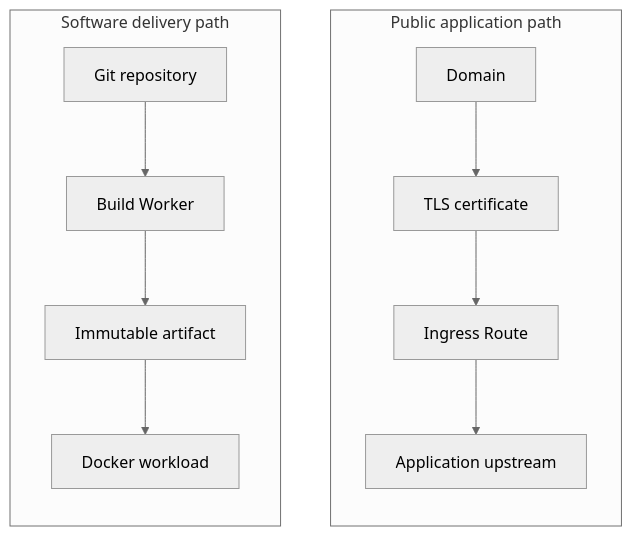
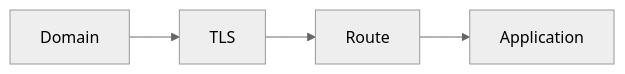
One commit to the-square-labs/gateway-docs changed the first of 4 diagrams in src/content/docs/en/index.mdx. Above: the diagram before and after it, drawn with Mermaid (neutral theme). The commit also changed other lines of this file and 74 other files, not shown here.

````diff
--- a/src/content/docs/en/index.mdx
+++ b/src/content/docs/en/index.mdx
@@ -43,12 +45,4 @@
 ```mermaid
-flowchart TB
-    subgraph ingress["Public application path"]
-        direction TB
-        domain["Domain"] --> certificate["TLS certificate"] --> route["Ingress Route"] --> upstream["Application upstream"]
-    end
-
-    subgraph delivery["Software delivery path"]
-        direction TB
-        repository["Git repository"] --> worker["Build Worker"] --> artifact["Immutable artifact"] --> workload["Docker workload"]
-    end
+flowchart LR
+    domain["Domain"] --> certificate["TLS"] --> route["Route"] --> upstream["Application"]
 ```
````
